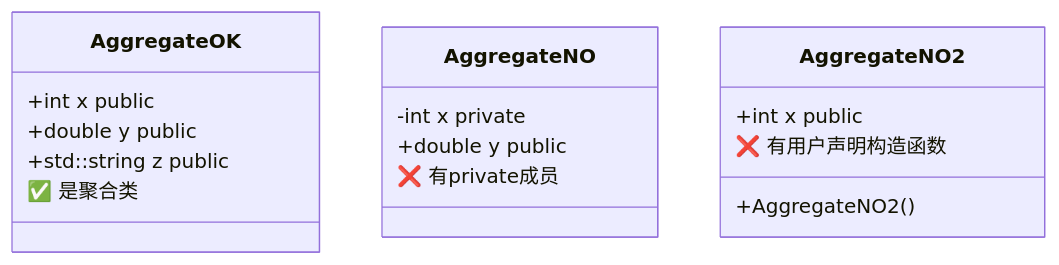
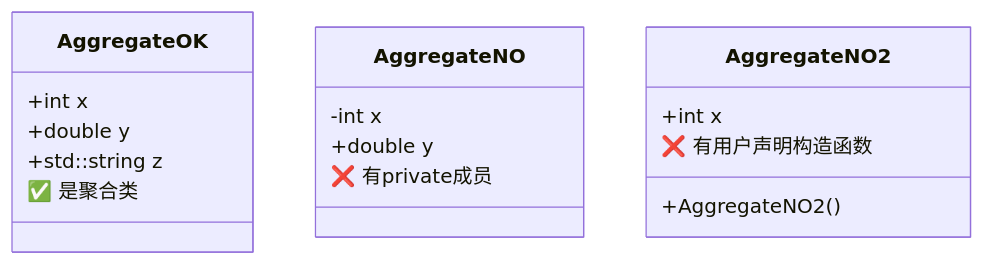
One commit to before80/prgms changed the third of 4 diagrams in content/Cpp/basic/Chapter-15-Struct-vs-Class.md. Above: the diagram before and after it, drawn with Mermaid. The commit also changed other lines of this file and 34 other files, not shown here.

````diff
--- a/content/Cpp/basic/Chapter-15-Struct-vs-Class.md
+++ b/content/Cpp/basic/Chapter-15-Struct-vs-Class.md
@@ -490,22 +490,22 @@
 ```mermaid
 classDiagram
     class AggregateOK {
-        +int x public
-        +double y public
-        +std::string z public
+        +int x
+        +double y
+        +std::string z
     }
     
     class AggregateNO {
-        -int x private
-        +double y public
+        -int x
+        +double y
     }
     
     class AggregateNO2 {
-        +int x public
+        +int x
         +AggregateNO2()
     }
     
     AggregateOK : ✅ 是聚合类
     AggregateNO : ❌ 有private成员
     AggregateNO2 : ❌ 有用户声明构造函数
 ```
````
